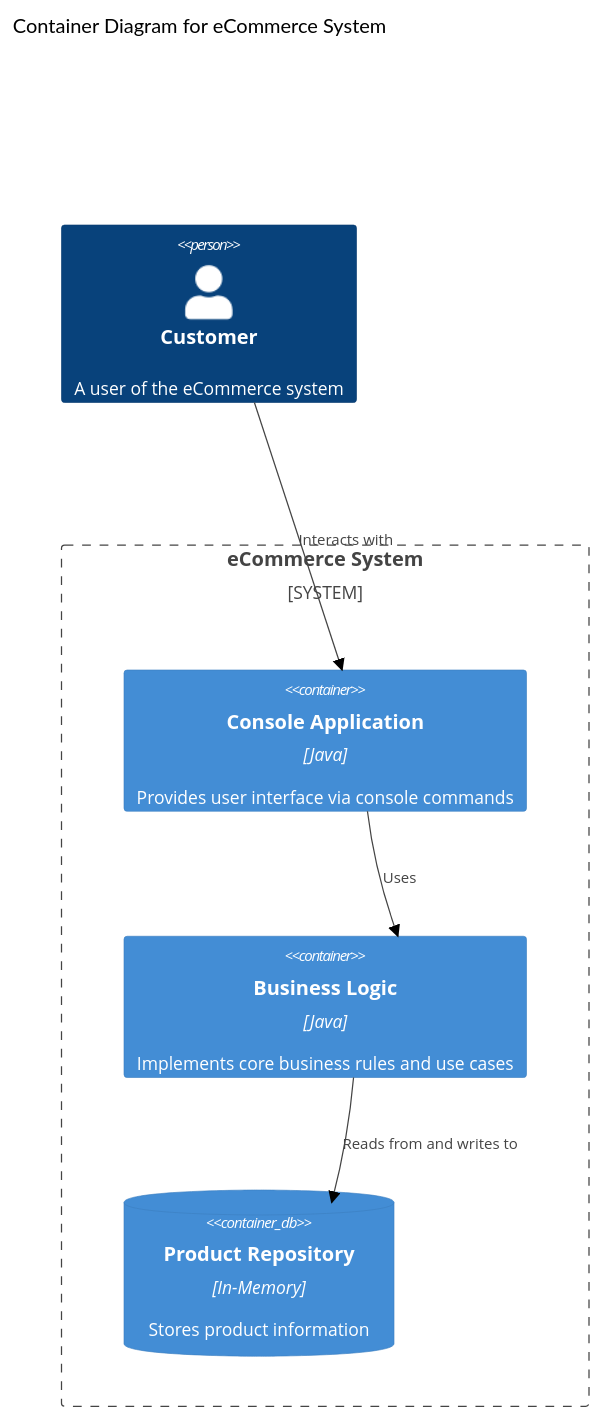
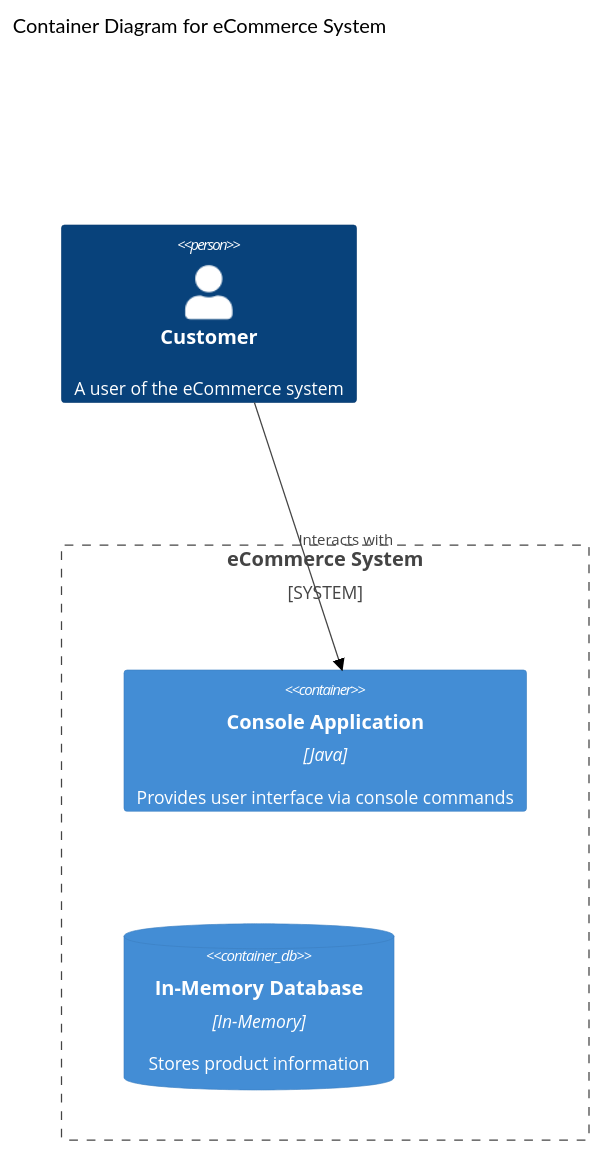
Before and after one commit to Frodigo/garage: the second of 4 diagrams in sandbox/backend/java/simple-eccomerce/README.md, drawn with Mermaid (forest theme).

Commit message:
docs: updated simple eccommerce diagrams (#25)

````diff
--- a/sandbox/backend/java/simple-eccomerce/README.md
+++ b/sandbox/backend/java/simple-eccomerce/README.md
@@ -57,16 +57,14 @@
 ```mermaid
 C4Container
     title Container Diagram for eCommerce System
     
     Person(customer, "Customer", "A user of the eCommerce system")
     
     System_Boundary(ecommerceSystem, "eCommerce System") {
         Container(consoleApp, "Console Application", "Java", "Provides user interface via console commands")
-        Container(businessLogic, "Business Logic", "Java", "Implements core business rules and use cases")
-        ContainerDb(productRepository, "Product Repository", "In-Memory", "Stores product information")
+        ContainerDb(inMemoryDatabase, "In-Memory Database", "In-Memory", "Stores product information")
     }
     
     Rel(customer, consoleApp, "Interacts with")
-    Rel(consoleApp, businessLogic, "Uses")
-    Rel(businessLogic, productRepository, "Reads from and writes to")
+    Rel(inMemoryDatabase, "Reads from and writes to")
 ```
````
